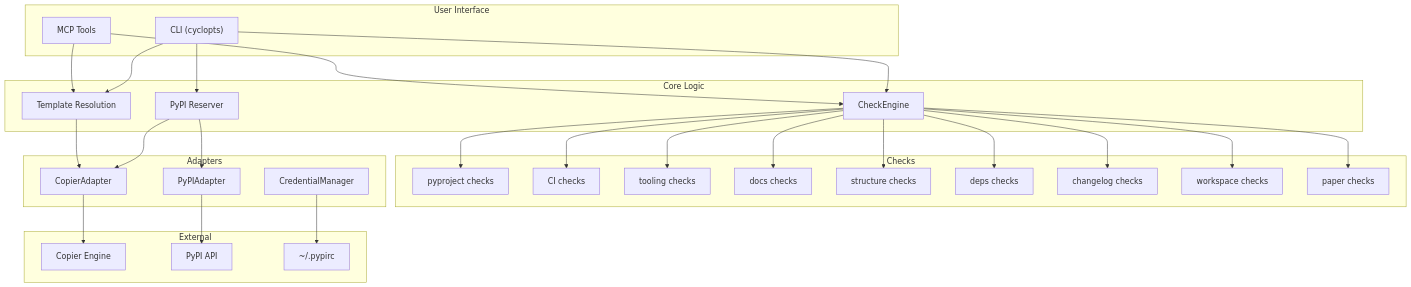
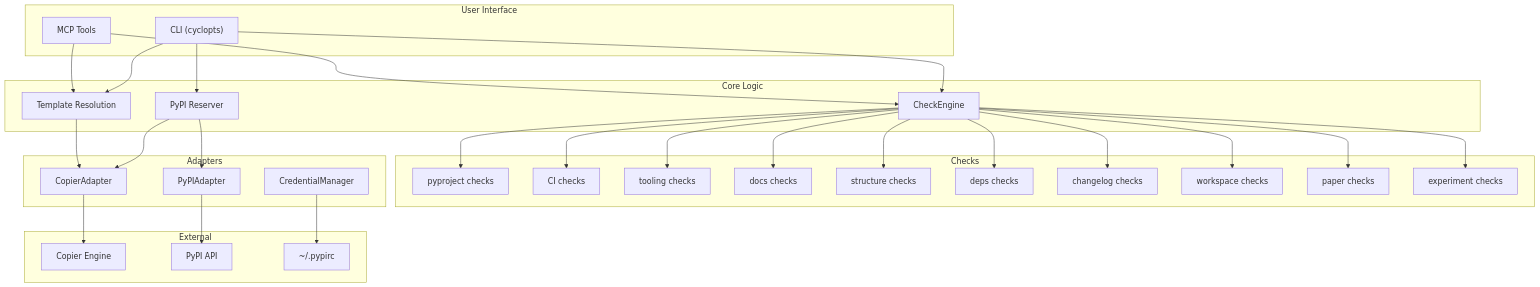
One commit to axm-protocols/axm-forge changed the diagram in packages/axm-init/docs/explanation/architecture.md. Above: the diagram before and after it, drawn with Mermaid. The commit also changed other lines of this file and 7 other files, not shown here.

````diff
--- a/packages/axm-init/docs/explanation/architecture.md
+++ b/packages/axm-init/docs/explanation/architecture.md
@@ -7,58 +7,60 @@
 ```mermaid
 graph TD
     subgraph "User Interface"
         CLI["CLI (cyclopts)"]
         MCP["MCP Tools"]
     end
 
     subgraph "Core Logic"
         CheckEngine["CheckEngine"]
         Templates["Template Resolution"]
         Reserver["PyPI Reserver"]
     end
 
     subgraph "Checks"
         PyprojectChecks["pyproject checks"]
         CIChecks["CI checks"]
         ToolingChecks["tooling checks"]
         DocsChecks["docs checks"]
         StructureChecks["structure checks"]
         DepsChecks["deps checks"]
         ChangelogChecks["changelog checks"]
         WorkspaceChecks["workspace checks"]
         PaperChecks["paper checks"]
+        ExperimentChecks["experiment checks"]
     end
 
     subgraph "Adapters"
         Copier["CopierAdapter"]
         PyPI["PyPIAdapter"]
         Creds["CredentialManager"]
     end
 
     subgraph "External"
         CopierEngine["Copier Engine"]
         PyPIAPI["PyPI API"]
         PyPIRC["~/.pypirc"]
     end
 
     CLI --> CheckEngine
     CLI --> Templates
     CLI --> Reserver
     MCP --> CheckEngine
     MCP --> Templates
     CheckEngine --> PyprojectChecks
     CheckEngine --> CIChecks
     CheckEngine --> ToolingChecks
     CheckEngine --> DocsChecks
     CheckEngine --> StructureChecks
     CheckEngine --> DepsChecks
     CheckEngine --> ChangelogChecks
     CheckEngine --> WorkspaceChecks
     CheckEngine --> PaperChecks
+    CheckEngine --> ExperimentChecks
     Reserver --> PyPI
     Reserver --> Copier
     Templates --> Copier
     Copier --> CopierEngine
     PyPI --> PyPIAPI
     Creds --> PyPIRC
 ```
````
